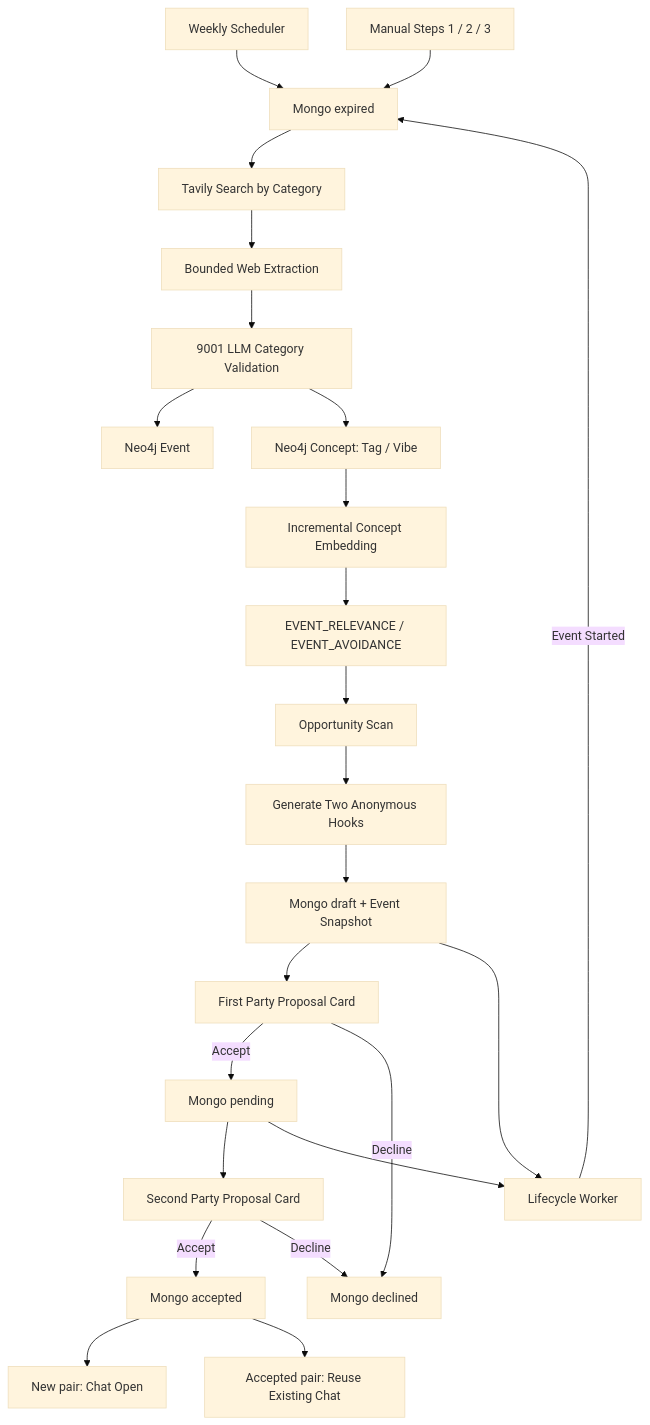
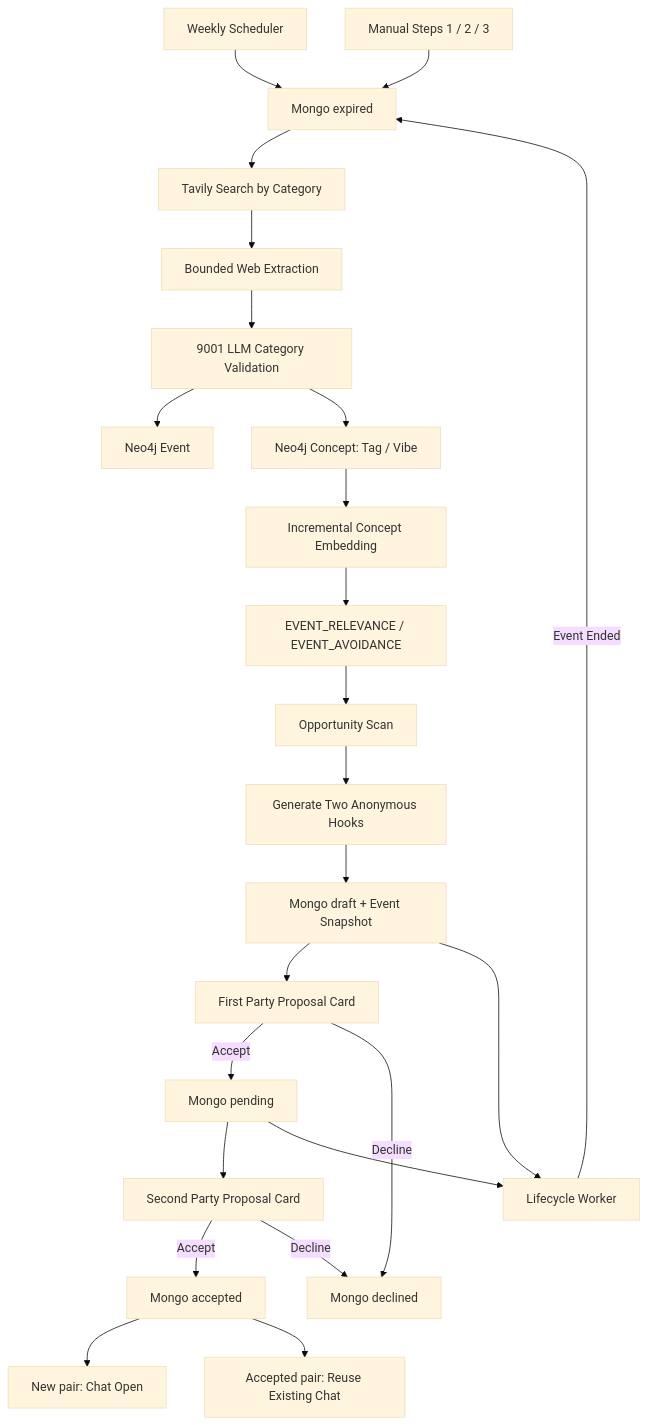
One commit to sunnysideup116116-bit/backend changed the first of 2 diagrams in docs/EVENT_DRIVEN_MATCHMAKER_GUIDE.md. Above: the diagram before and after it, drawn with Mermaid (base theme). The commit also changed other lines of this file and 9 other files, not shown here.

````diff
--- a/docs/EVENT_DRIVEN_MATCHMAKER_GUIDE.md
+++ b/docs/EVENT_DRIVEN_MATCHMAKER_GUIDE.md
@@ -96,26 +96,26 @@
 ```mermaid
 flowchart TD
     S["Weekly Scheduler"] --> Z["Incremental Event Inventory Refresh"]
     Z --> W["Tavily Search by Category"]
     M0["Manual Steps 1 / 2 / 3"] --> Z
     W --> X["Bounded Web Extraction"]
     X --> V["9001 LLM Category Validation"]
     V --> E["Neo4j Event"]
     V --> C["Neo4j Concept: Tag / Vibe"]
     C --> B["Incremental Concept Embedding"]
     B --> R["EVENT_RELEVANCE / EVENT_AVOIDANCE"]
     R --> G["Opportunity Scan"]
     G --> H["Generate Two Anonymous Hooks"]
     H --> M["Mongo draft + Event Snapshot"]
     M --> F["First Party Proposal Card"]
     F -->|Accept| P["Mongo pending"]
     P --> Q["Second Party Proposal Card"]
     Q -->|Accept| A["Mongo accepted"]
     A --> N["New pair: Chat Open"]
     A --> R2["Accepted pair: Reuse Existing Chat"]
     F -->|Decline| D["Mongo declined"]
     Q -->|Decline| D
     M --> L["Lifecycle Worker"]
     P --> L
-    L -->|Event Started| Z["Mongo expired"]
+    L -->|Event Ended| Z["Mongo expired"]
 ```
````
